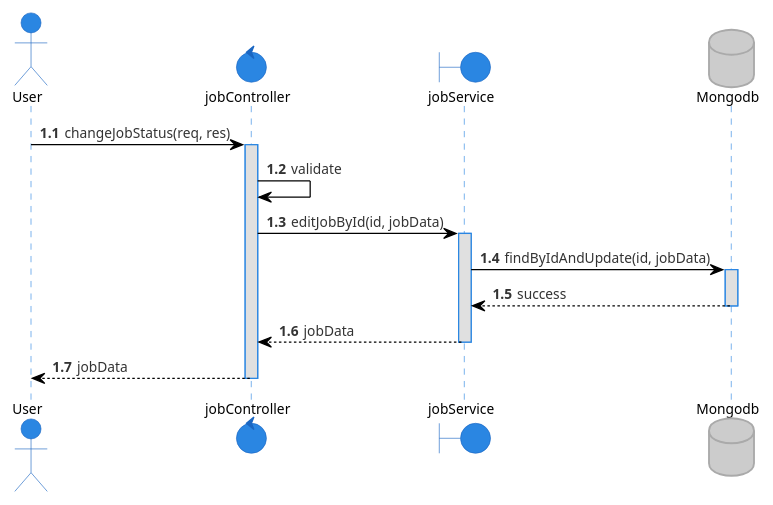
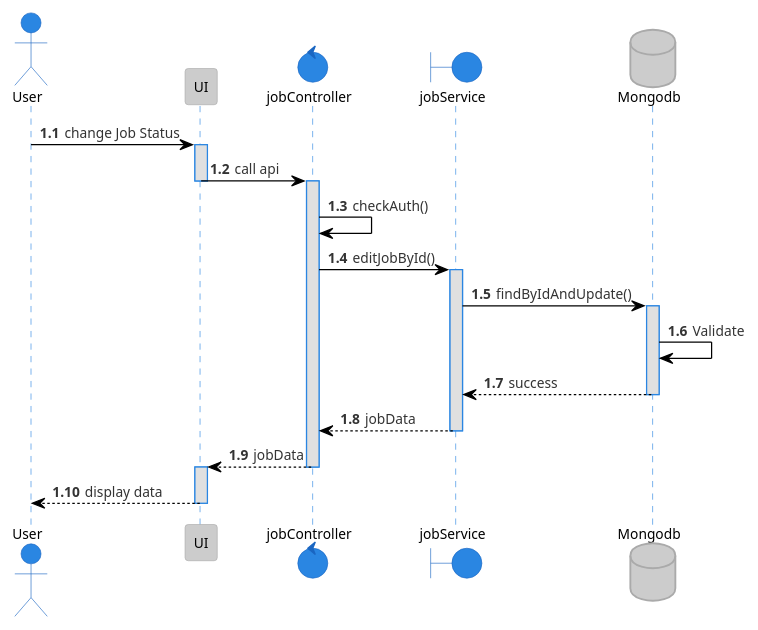
The diagram in plantuml/sequence/job/changeJobStatus.puml (tuannm99/RMS), drawn with PlantUML before and after one commit. The commit also changed 9 other files, not shown here.

Commit message:
fix - sequence diagram job and user

```diff
--- a/plantuml/sequence/job/changeJobStatus.puml
+++ b/plantuml/sequence/job/changeJobStatus.puml
@@ -1,24 +1,32 @@
 @startuml changeJobStatus
 !theme reddress-lightblue
 
 autonumber 1.1
 actor User
+participant UI
 control  jobController
 boundary jobService
 database Mongodb
 
-User -> jobController: changeJobStatus(req, res)
+User -> UI: change Job Status
+activate UI
+UI -> jobController: call api
+deactivate UI
 activate jobController
-jobController -> jobController: validate
-jobController -> jobService: editJobById(id, jobData)
+jobController -> jobController: checkAuth()
+jobController -> jobService: editJobById()
 activate jobService
-jobService -> Mongodb: findByIdAndUpdate(id, jobData)
+jobService -> Mongodb: findByIdAndUpdate()
 activate Mongodb
+Mongodb -> Mongodb: Validate
 Mongodb --> jobService: success
 deactivate Mongodb
 jobService --> jobController: jobData
 deactivate jobService
-jobController --> User: jobData
+jobController --> UI: jobData
 deactivate jobController
+activate UI
+UI --> User: display data
+deactivate UI
 
 @enduml
```
